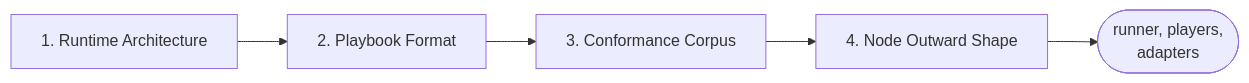
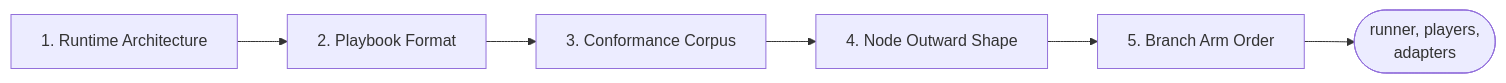
The second of 4 diagrams in docs/contributing/design-notes/README.md (pengzhengyi/dialoguedown), drawn with Mermaid before and after one commit. The commit also changed other lines of this file and 3 other files, not shown here.

First line of the commit message:
docs(branch-arm-order): add implementation note

````diff
--- a/docs/contributing/design-notes/README.md
+++ b/docs/contributing/design-notes/README.md
@@ -99,7 +99,8 @@
 ```mermaid
 flowchart LR
     RA["1. Runtime Architecture"] --> PF["2. Playbook Format"]
     PF --> CC["3. Conformance Corpus"]
     CC --> NOS["4. Node Outward Shape"]
-    NOS --> RUN(["runner, players,<br/>adapters"])
+    NOS --> BAO["5. Branch Arm Order"]
+    BAO --> RUN(["runner, players,<br/>adapters"])
 ```
````
